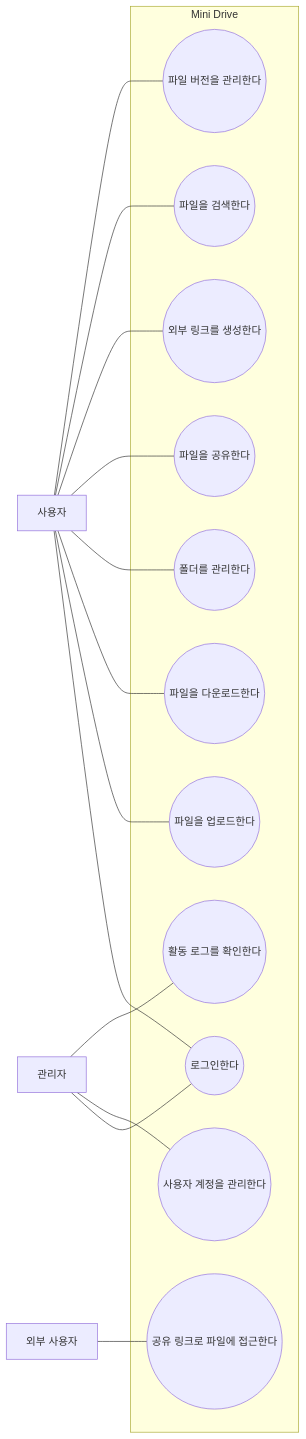
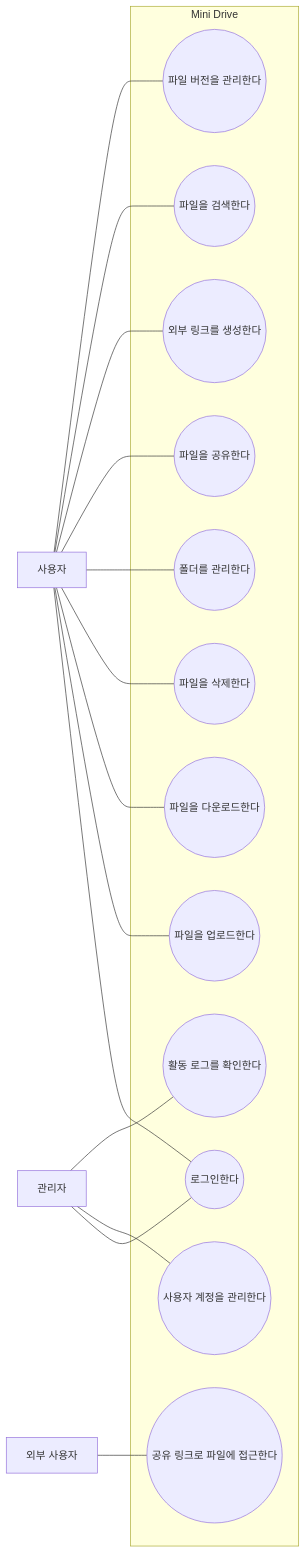
The first of 9 diagrams in doc/requirements_analysis.md (dlwodms3333/se), drawn with Mermaid before and after one commit. The commit also changed other lines of this file, not shown here.

````diff
--- a/doc/requirements_analysis.md
+++ b/doc/requirements_analysis.md
@@ -97,38 +97,40 @@
 ```mermaid
 flowchart LR
     사용자[사용자]
     관리자[관리자]
     외부사용자[외부 사용자]
 
     subgraph MiniDrive[Mini Drive]
         UC01((로그인한다))
 
         UC02((파일을 업로드한다))
         UC03((파일을 다운로드한다))
+        UC12((파일을 삭제한다))
         UC04((폴더를 관리한다))
         UC05((파일을 공유한다))
         UC06((외부 링크를 생성한다))
         UC07((파일을 검색한다))
         UC08((파일 버전을 관리한다))
 
         UC09((사용자 계정을 관리한다))
         UC10((활동 로그를 확인한다))
 
         UC11((공유 링크로 파일에 접근한다))
     end
 
     사용자 --- UC01
     사용자 --- UC02
     사용자 --- UC03
+    사용자 --- UC12
     사용자 --- UC04
     사용자 --- UC05
     사용자 --- UC06
     사용자 --- UC07
     사용자 --- UC08
 
     관리자 --- UC01
     관리자 --- UC09
     관리자 --- UC10
 
     외부사용자 --- UC11
 ```
````
